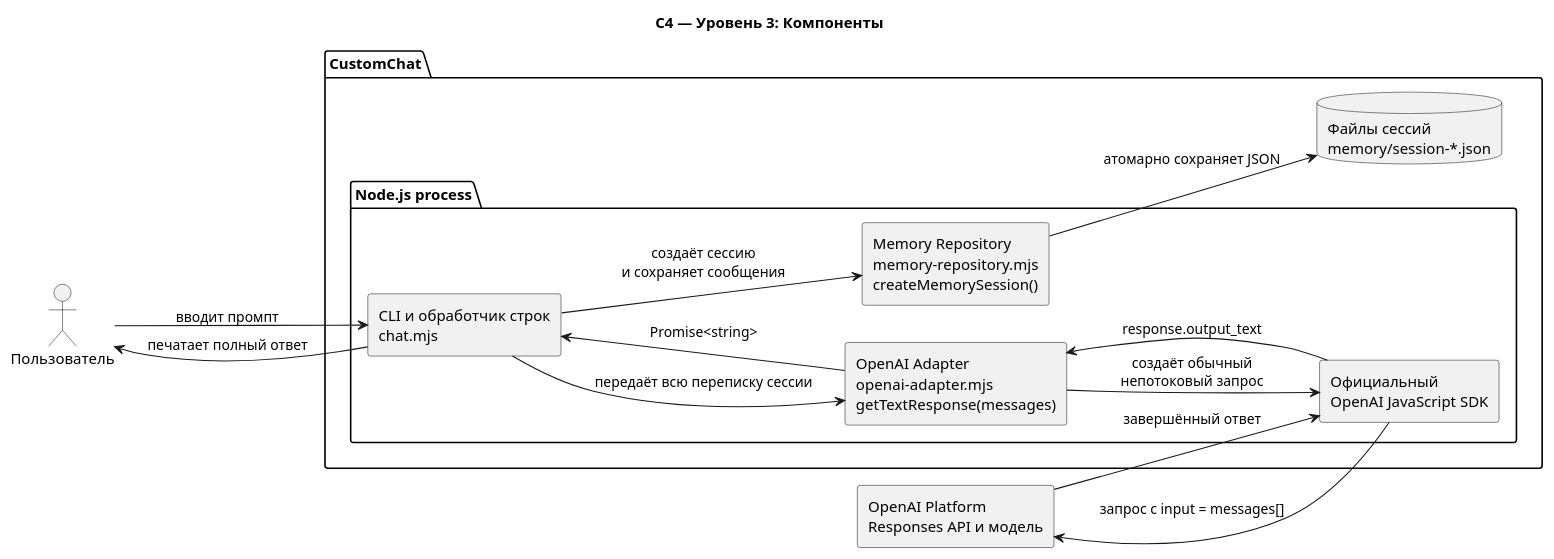
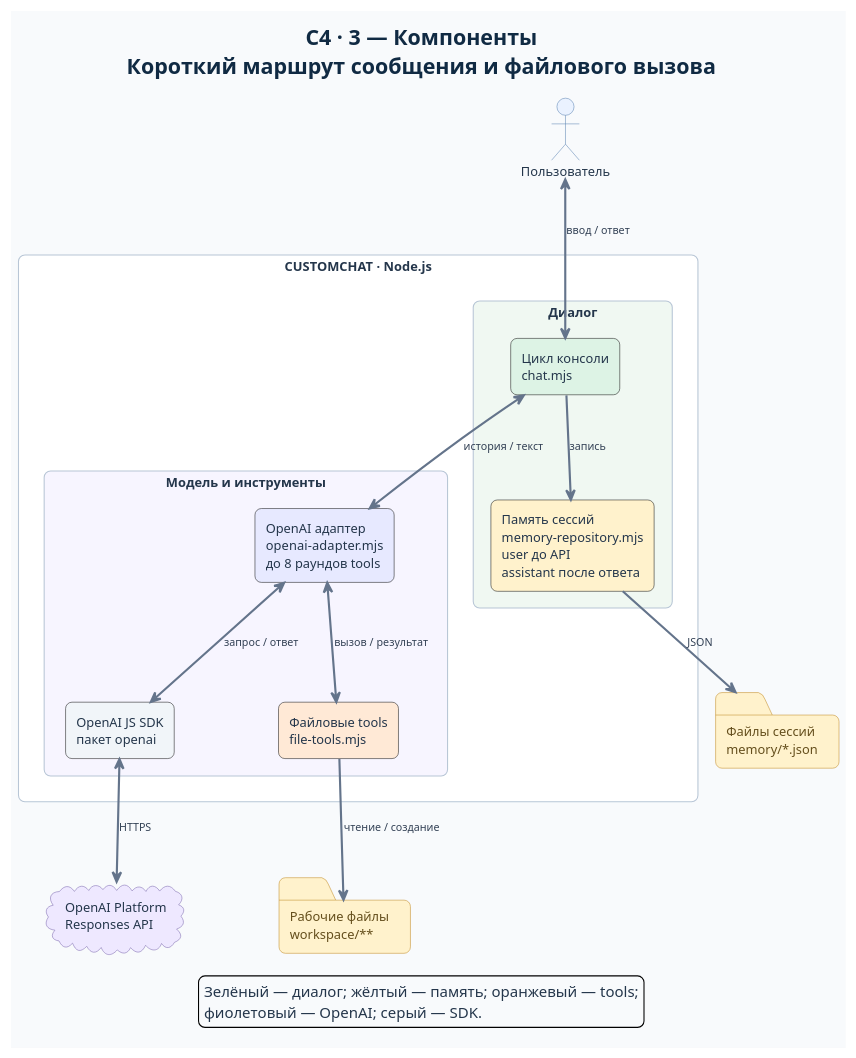
The diagram in 03-codex-killer/docs/diagrams/c4-components.puml (Dima163163/tg-bot), drawn with PlantUML before and after one commit. The commit also changed 8 other files, not shown here.

```diff
--- a/03-codex-killer/docs/diagrams/c4-components.puml
+++ b/03-codex-killer/docs/diagrams/c4-components.puml
@@ -1,31 +1,65 @@
 @startuml
-title C4 — Уровень 3: Компоненты
-left to right direction
+title C4 · 3 — Компоненты\nКороткий маршрут сообщения и файлового вызова
+top to bottom direction
 skinparam componentStyle rectangle
+skinparam backgroundColor #F8FAFC
 skinparam shadowing false
-skinparam wrapWidth 220
+skinparam defaultFontName Arial
+skinparam defaultFontSize 12
+skinparam defaultFontColor #24364B
+skinparam titleFontSize 20
+skinparam titleFontStyle bold
+skinparam titleFontColor #102A43
+skinparam ArrowColor #64748B
+skinparam ArrowThickness 2
+skinparam ArrowFontColor #334155
+skinparam ArrowFontSize 10
+skinparam packageStyle rectangle
+skinparam roundcorner 12
+skinparam nodesep 90
+skinparam ranksep 80
+skinparam package {
+  BorderColor #B8C6D6
+  BackgroundColor #FFFFFF
+  FontColor #24364B
+}
+skinparam folder {
+  BorderColor #C08A27
+  BackgroundColor #FFF2CC
+  FontColor #654F1D
+}
+skinparam actorBackgroundColor #EAF2FF
+skinparam actorBorderColor #5B82B1
+skinparam cloudBackgroundColor #EEE8FF
+skinparam cloudBorderColor #7B68AE
 
-actor "Пользователь" as user
-package "CustomChat" {
-  package "Node.js process" {
-    component "CLI и обработчик строк\nchat.mjs" as cli
-    component "Memory Repository\nmemory-repository.mjs\ncreateMemorySession()" as memoryRepo
-    component "OpenAI Adapter\nopenai-adapter.mjs\ngetTextResponse(messages)" as adapter
-    component "Официальный\nOpenAI JavaScript SDK" as sdk
+actor "Пользователь" as user #EAF2FF
+package "CUSTOMCHAT · Node.js" #FFFFFF {
+  package "Диалог" #F0F8F2 {
+    component "Цикл консоли\nchat.mjs" as cli #DDF3E5
+    component "Память сессий\nmemory-repository.mjs\nuser до API\nassistant после ответа" as memoryRepo #FFF2CC
+  }
+  package "Модель и инструменты" #F7F5FF {
+    component "OpenAI адаптер\nopenai-adapter.mjs\nдо 8 раундов tools" as adapter #E7E9FF
+    component "OpenAI JS SDK\nпакет openai" as sdk #F1F5F9
+    component "Файловые tools\nfile-tools.mjs" as fileTools #FFE9D6
+  }
+}
+folder "Файлы сессий\nmemory/*.json" as memoryFiles #FFF2CC
+folder "Рабочие файлы\nworkspace/**" as workspaceFiles #FFF2CC
+cloud "OpenAI Platform\nResponses API" as api #EEE8FF
 
-    cli --> memoryRepo : создаёт сессию\nи сохраняет сообщения
-    cli --> adapter : передаёт всю переписку сессии
-    adapter --> sdk : создаёт обычный\nнепотоковый запрос
-  }
-  database "Файлы сессий\nmemory/session-*.json" as memoryFiles
-}
-rectangle "OpenAI Platform\nResponses API и модель" as api
+user <--> cli : ввод / ответ
+cli --> memoryRepo : запись
+memoryRepo --> memoryFiles : JSON
+cli <--> adapter : история / текст
+adapter <--> sdk : запрос / ответ
+sdk <--> api : HTTPS
+adapter <--> fileTools : вызов / результат
+fileTools --> workspaceFiles : чтение / создание
 
-user --> cli : вводит промпт
-memoryRepo --> memoryFiles : атомарно сохраняет JSON
-sdk --> api : запрос с input = messages[]
-api --> sdk : завершённый ответ
-sdk --> adapter : response.output_text
-adapter --> cli : Promise<string>
-cli --> user : печатает полный ответ
+legend bottom
+  Зелёный — диалог; жёлтый — память; оранжевый — tools;
+  фиолетовый — OpenAI; серый — SDK.
+endlegend
 @enduml
```
